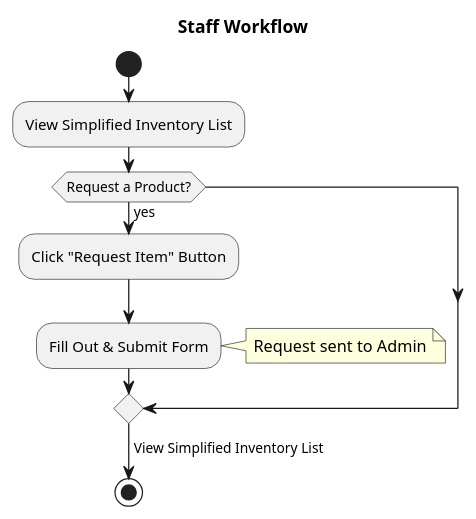
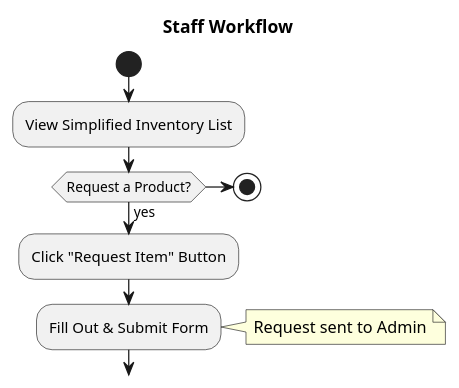
Before and after one commit to anubhav-vij/HULLC_Inventory_System: the second of 2 diagrams in src/PROCESS_DIAGRAM.md, drawn with PlantUML. The commit also changed other lines of this file, not shown here.

````diff
--- a/src/PROCESS_DIAGRAM.md
+++ b/src/PROCESS_DIAGRAM.md
@@ -42,20 +44,19 @@
 ```plantuml
 @startuml
 title Staff Workflow
 start
 
 'The user is assumed to be logged in as Staff.
 
 :View Simplified Inventory List;
 
 if (Request a Product?) then (yes)
   :Click "Request Item" Button;
   :Fill Out & Submit Form;
   note right: Request sent to Admin
+  -> View Simplified Inventory List;
+else
+  stop
 endif
-
--> View Simplified Inventory List;
-
-stop
 @enduml
 ```
````
